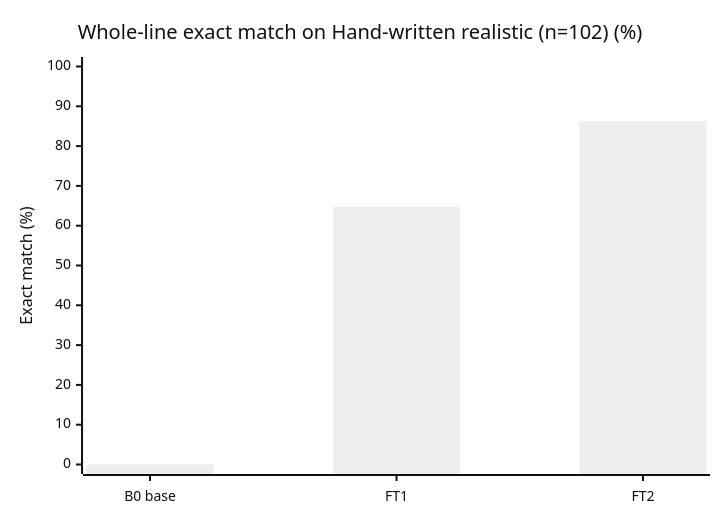
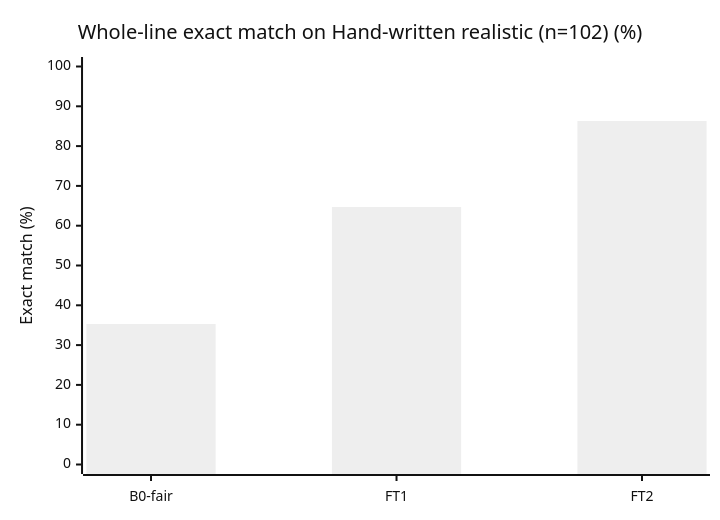
Before and after one commit to Vedant817/aaji-pill-clerk: the first of 4 diagrams in eval/results.md, drawn with Mermaid (neutral theme). The commit also changed other lines of this file and 9 other files, not shown here.

````diff
--- a/eval/results.md
+++ b/eval/results.md
@@ -96,7 +98,7 @@
 ```mermaid
 xychart-beta
     title "Whole-line exact match on Hand-written realistic (n=102) (%)"
-    x-axis ["B0 base", "FT1", "FT2"]
+    x-axis ["B0-fair", "FT1", "FT2"]
     y-axis "Exact match (%)" 0 --> 100
-    bar [0, 64.7, 86.3]
+    bar [35.3, 64.7, 86.3]
 ```
````
